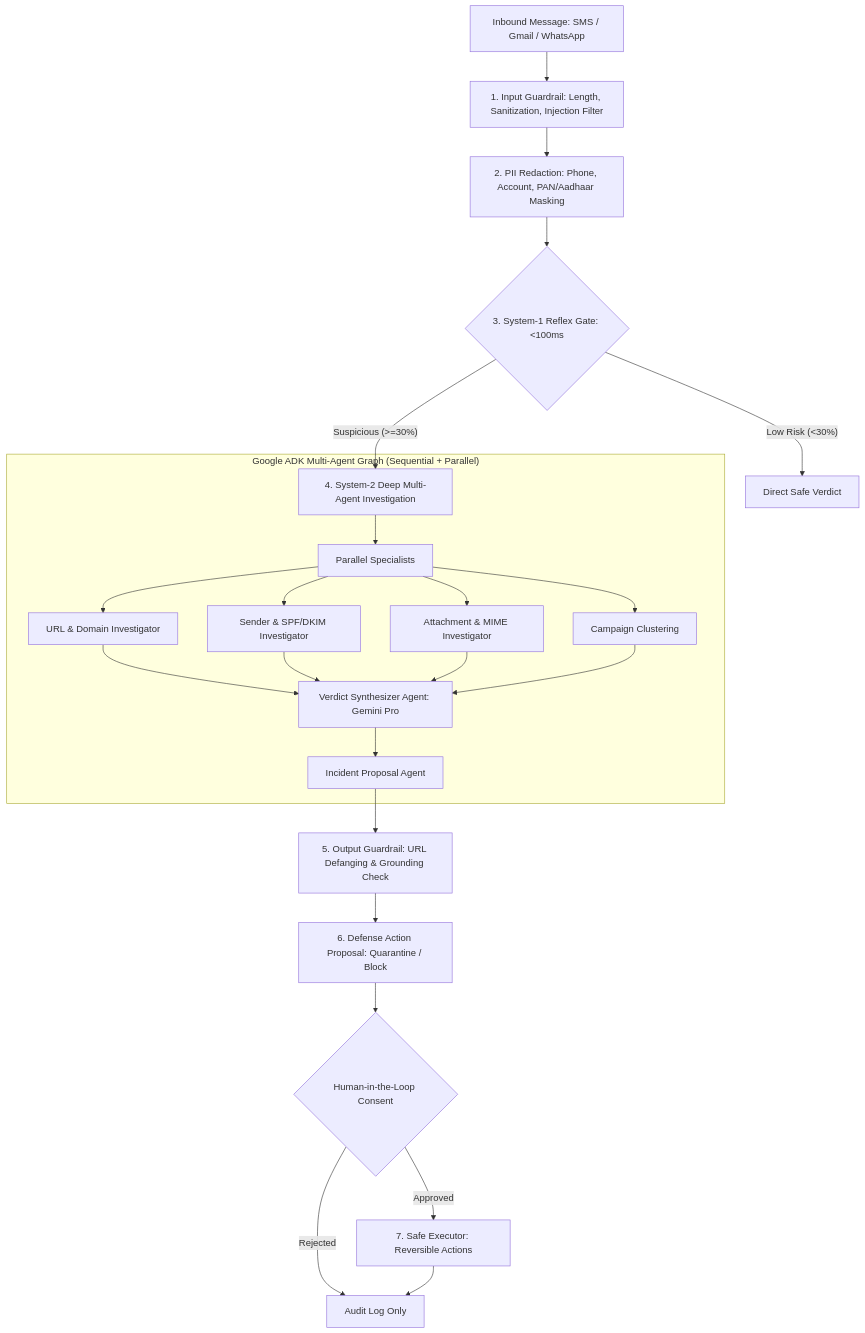
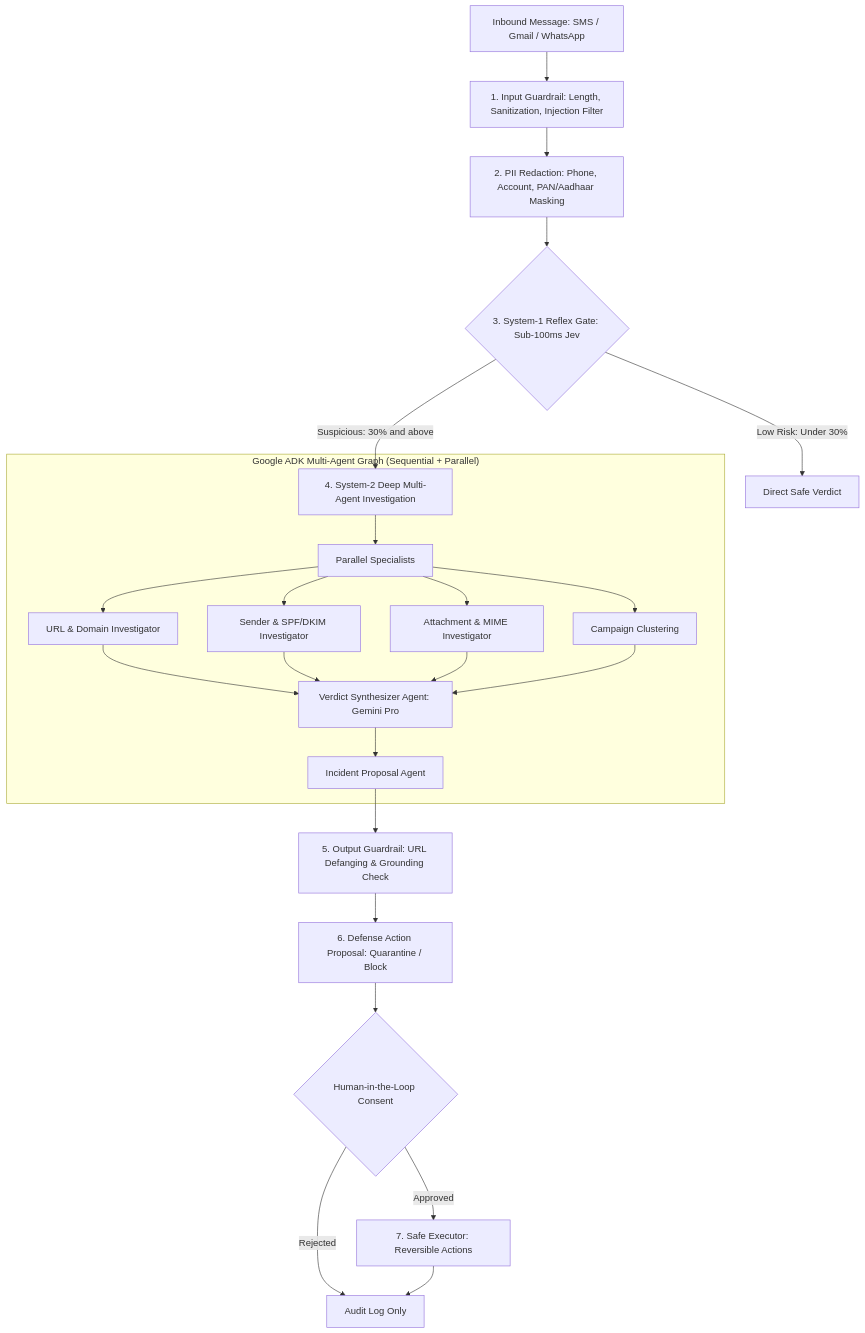
One commit to NANDAVELAN/scamshield changed the second of 3 diagrams in docs/architecture.md. Above: the diagram before and after it, drawn with Mermaid. The commit also changed other lines of this file and 1 other file, not shown here.

Commit message:
fix(docs): resolve Mermaid parser error by removing raw angle brackets from edge labels

````diff
--- a/docs/architecture.md
+++ b/docs/architecture.md
@@ -66,32 +66,32 @@
 ```mermaid
 graph TD
     Inbound[Inbound Message: SMS / Gmail / WhatsApp] --> InputGuard[1. Input Guardrail: Length, Sanitization, Injection Filter]
     InputGuard --> Redact[2. PII Redaction: Phone, Account, PAN/Aadhaar Masking]
-    Redact --> ReflexGate{3. System-1 Reflex Gate: <100ms}
+    Redact --> ReflexGate{3. System-1 Reflex Gate: Sub-100ms Jev}
     
-    ReflexGate -- "Low Risk (<30%)" --> FastVerdict[Direct Safe Verdict]
-    ReflexGate -- "Suspicious (>=30%)" --> Investigation[4. System-2 Deep Multi-Agent Investigation]
+    ReflexGate -- "Low Risk: Under 30%" --> FastVerdict[Direct Safe Verdict]
+    ReflexGate -- "Suspicious: 30% and above" --> Investigation[4. System-2 Deep Multi-Agent Investigation]
     
     subgraph "Google ADK Multi-Agent Graph (Sequential + Parallel)"
         Investigation --> ParallelAgents["Parallel Specialists"]
         ParallelAgents --> URLAgent[URL & Domain Investigator]
         ParallelAgents --> SenderAgent[Sender & SPF/DKIM Investigator]
         ParallelAgents --> AttachAgent[Attachment & MIME Investigator]
         ParallelAgents --> CampaignAgent[Campaign Clustering]
         
         URLAgent --> Synthesizer[Verdict Synthesizer Agent: Gemini Pro]
         SenderAgent --> Synthesizer
         AttachAgent --> Synthesizer
         CampaignAgent --> Synthesizer
         Synthesizer --> IncidentAgent[Incident Proposal Agent]
     end
     
     IncidentAgent --> OutputGuard[5. Output Guardrail: URL Defanging & Grounding Check]
     OutputGuard --> ProposedAction[6. Defense Action Proposal: Quarantine / Block]
     
     ProposedAction --> HumanGate{Human-in-the-Loop Consent}
     HumanGate -- Approved --> Executor[7. Safe Executor: Reversible Actions]
     HumanGate -- Rejected --> AuditLog[Audit Log Only]
     
     Executor --> AuditLog
 ```
````
